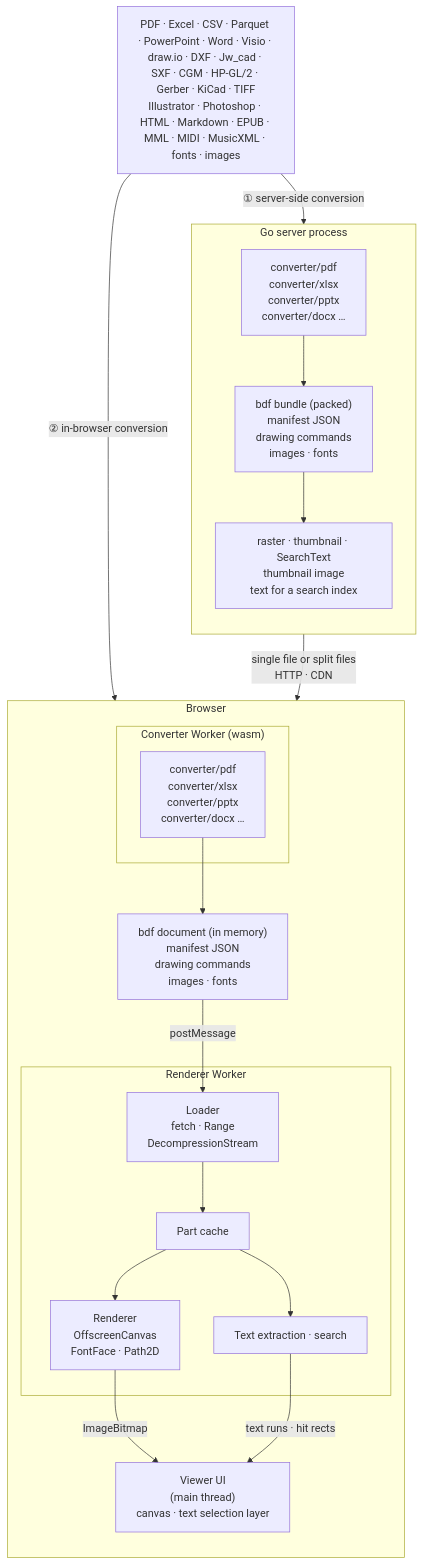
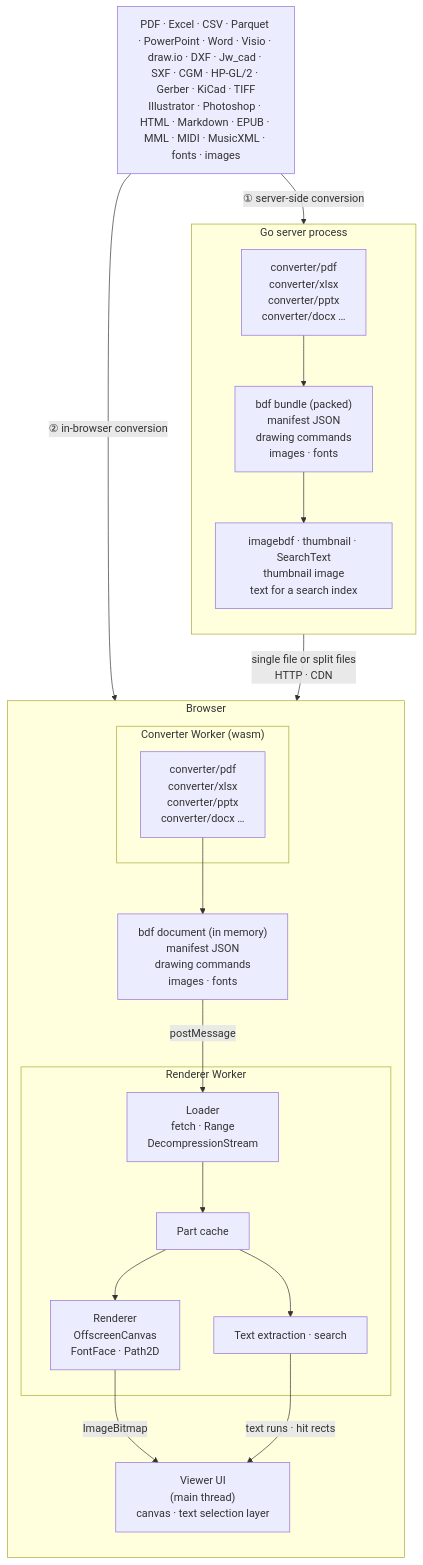
Before and after one commit to shibukawa/bdf: the diagram in docs/architecture/index.md, drawn with Mermaid. The commit also changed other lines of this file and 134 other files, not shown here.

````diff
--- a/docs/architecture/index.md
+++ b/docs/architecture/index.md
@@ -5,39 +5,39 @@
 ```mermaid
 flowchart TB
     SRC["PDF · Excel · CSV · Parquet · PowerPoint · Word · Visio · draw.io · DXF · Jw_cad · SXF · CGM · HP-GL/2 · Gerber · KiCad · TIFF<br/>Illustrator · Photoshop · HTML · Markdown · EPUB · MML · MIDI · MusicXML · fonts · images"]
 
     subgraph SERVER["Go server process"]
         direction TB
         SCONV["converter/pdf<br/>converter/xlsx<br/>converter/pptx<br/>converter/docx …"]
         BUNDLE["bdf bundle (packed)<br/>manifest JSON<br/>drawing commands<br/>images · fonts"]
-        PREVIEW["raster · thumbnail · SearchText<br/>thumbnail image<br/>text for a search index"]
+        PREVIEW["imagebdf · thumbnail · SearchText<br/>thumbnail image<br/>text for a search index"]
         SCONV --> BUNDLE
         BUNDLE --> PREVIEW
     end
 
     subgraph BROWSER["Browser"]
         direction TB
         subgraph CWORKER["Converter Worker (wasm)"]
             WCONV["converter/pdf<br/>converter/xlsx<br/>converter/pptx<br/>converter/docx …"]
         end
         PARTS["bdf document (in memory)<br/>manifest JSON<br/>drawing commands<br/>images · fonts"]
         subgraph RWORKER["Renderer Worker"]
             LOADER["Loader<br/>fetch · Range<br/>DecompressionStream"]
             STORE["Part cache"]
             RENDER["Renderer<br/>OffscreenCanvas<br/>FontFace · Path2D"]
             TEXT["Text extraction · search"]
             LOADER --> STORE
             STORE --> RENDER
             STORE --> TEXT
         end
         UI["Viewer UI<br/>(main thread)<br/>canvas · text selection layer"]
         WCONV --> PARTS
     end
 
     SRC -- "① server-side conversion" --> SCONV
     SRC -- "② in-browser conversion" --> WCONV
     BUNDLE -- "single file or split files<br/>HTTP · CDN" --> LOADER
     PARTS -- "postMessage" --> LOADER
     RENDER -- "ImageBitmap" --> UI
     TEXT -- "text runs · hit rects" --> UI
 ```
````
